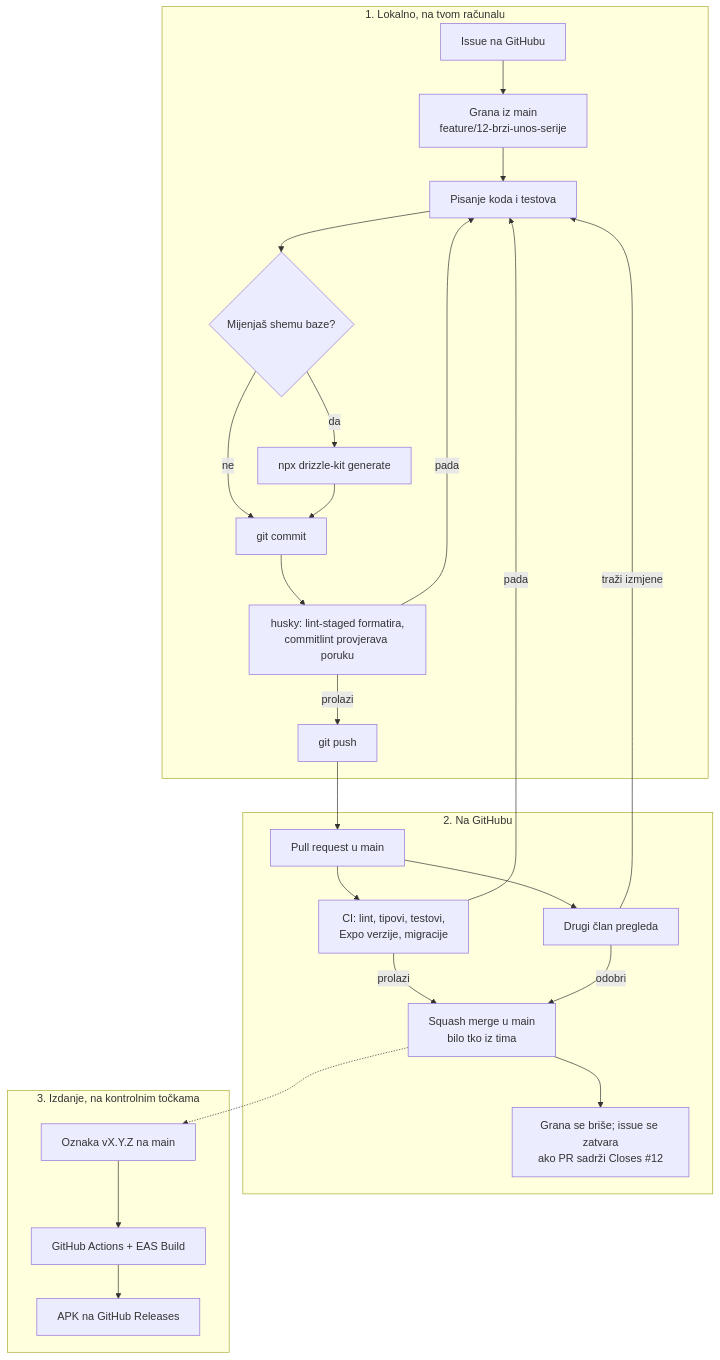
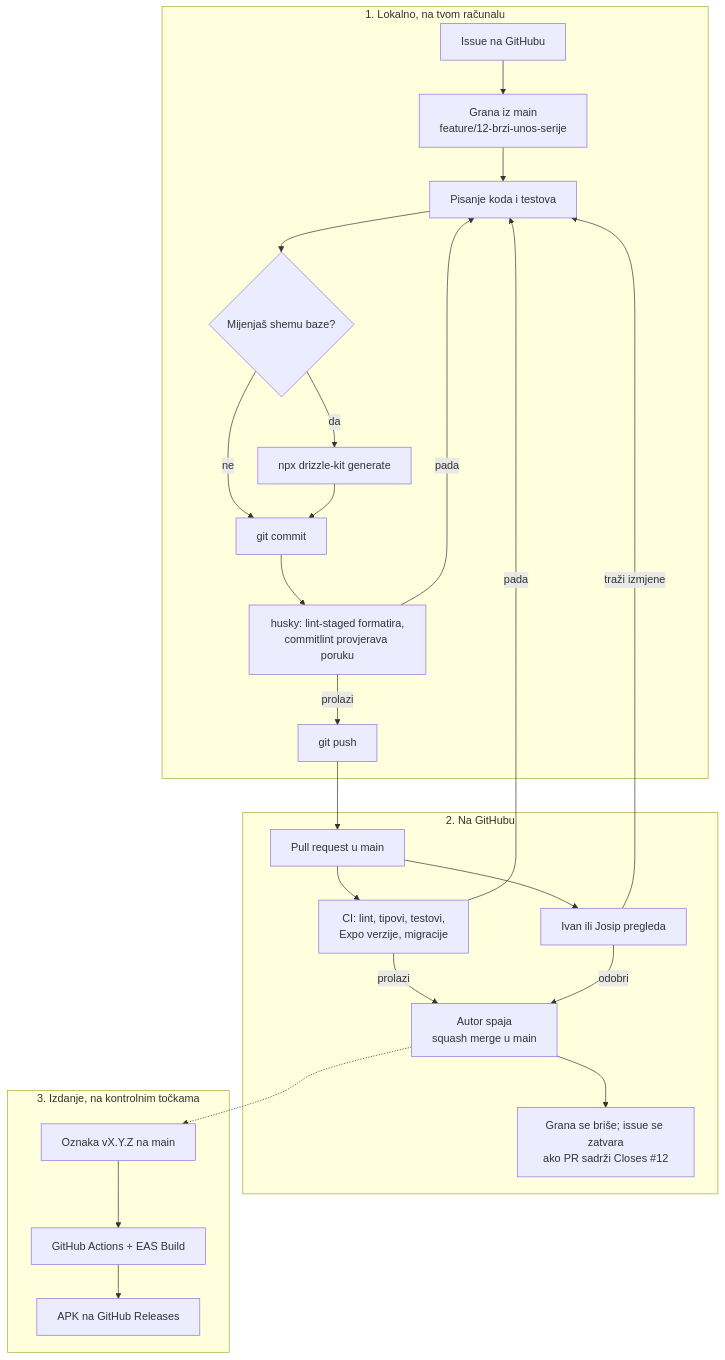
The diagram in README.md (ivanmitar35/Snagomjer), drawn with Mermaid before and after one commit. The commit also changed other lines of this file and 3 other files, not shown here.

````diff
--- a/README.md
+++ b/README.md
@@ -99,31 +114,31 @@
 ```mermaid
 flowchart TD
     subgraph L["1. Lokalno, na tvom računalu"]
         A["Issue na GitHubu"] --> B["Grana iz main<br/>feature/12-brzi-unos-serije"]
         B --> C["Pisanje koda i testova"]
         C --> S{"Mijenjaš shemu baze?"}
         S -- da --> G["npx drizzle-kit generate"]
         S -- ne --> D
         G --> D["git commit"]
         D --> H["husky: lint-staged formatira,<br/>commitlint provjerava poruku"]
         H -- pada --> C
         H -- prolazi --> P["git push"]
     end
 
     subgraph R["2. Na GitHubu"]
         P --> PR["Pull request u main"]
         PR --> CI["CI: lint, tipovi, testovi,<br/>Expo verzije, migracije"]
-        PR --> RV["Drugi član pregleda"]
+        PR --> RV["Ivan ili Josip pregleda"]
         CI -- pada --> C
         RV -- traži izmjene --> C
         CI -- prolazi --> M
-        RV -- odobri --> M["Squash merge u main<br/>bilo tko iz tima"]
+        RV -- odobri --> M["Autor spaja<br/>squash merge u main"]
         M --> X["Grana se briše; issue se zatvara<br/>ako PR sadrži Closes #12"]
     end
 
     subgraph I["3. Izdanje, na kontrolnim točkama"]
         M -.-> T["Oznaka vX.Y.Z na main"]
         T --> E["GitHub Actions + EAS Build"]
         E --> APK["APK na GitHub Releases"]
     end
 ```
````
